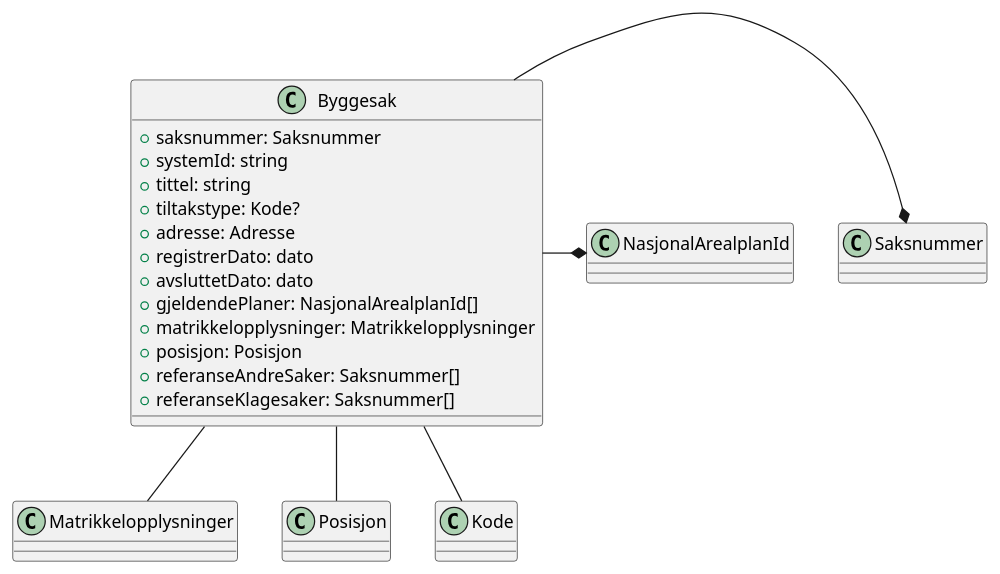
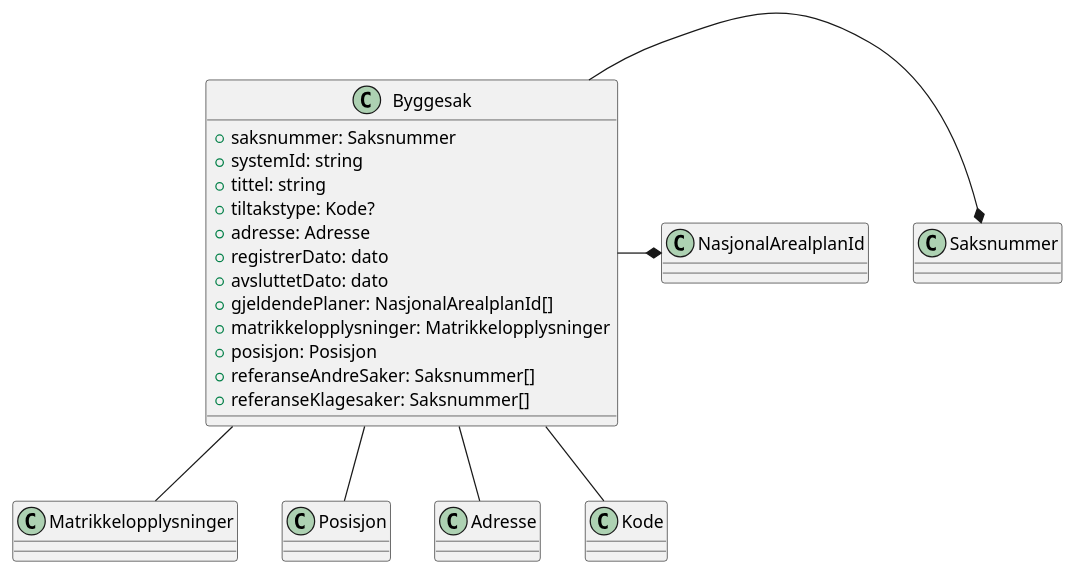
The diagram in Dokumentasjon/V1/ClassDiagrams/no.ks.fiks.saksfaser.v1.felles.byggesak/classdiagram.pu (ks-no/fiks-saksfaser-specification), drawn with PlantUML before and after one commit. The commit also changed 20 other files, not shown here.

Commit message:
Dokumentasjon med klassediagram

```diff
--- a/Dokumentasjon/V1/ClassDiagrams/no.ks.fiks.saksfaser.v1.felles.byggesak/classdiagram.pu
+++ b/Dokumentasjon/V1/ClassDiagrams/no.ks.fiks.saksfaser.v1.felles.byggesak/classdiagram.pu
@@ -1,23 +1,24 @@
 @startuml
 class Byggesak {
     +saksnummer: Saksnummer
     +systemId: string
     +tittel: string
     +tiltakstype: Kode?
     +adresse: Adresse
     +registrerDato: dato
     +avsluttetDato: dato
     +gjeldendePlaner: NasjonalArealplanId[]
     +matrikkelopplysninger: Matrikkelopplysninger
     +posisjon: Posisjon
     +referanseAndreSaker: Saksnummer[]
     +referanseKlagesaker: Saksnummer[]
 }
 
 Byggesak -* Saksnummer
 Byggesak -* NasjonalArealplanId
 Byggesak -- Matrikkelopplysninger
 Byggesak -- Posisjon
+Byggesak -- Adresse
 Byggesak -- Kode
 
 @enduml
```
